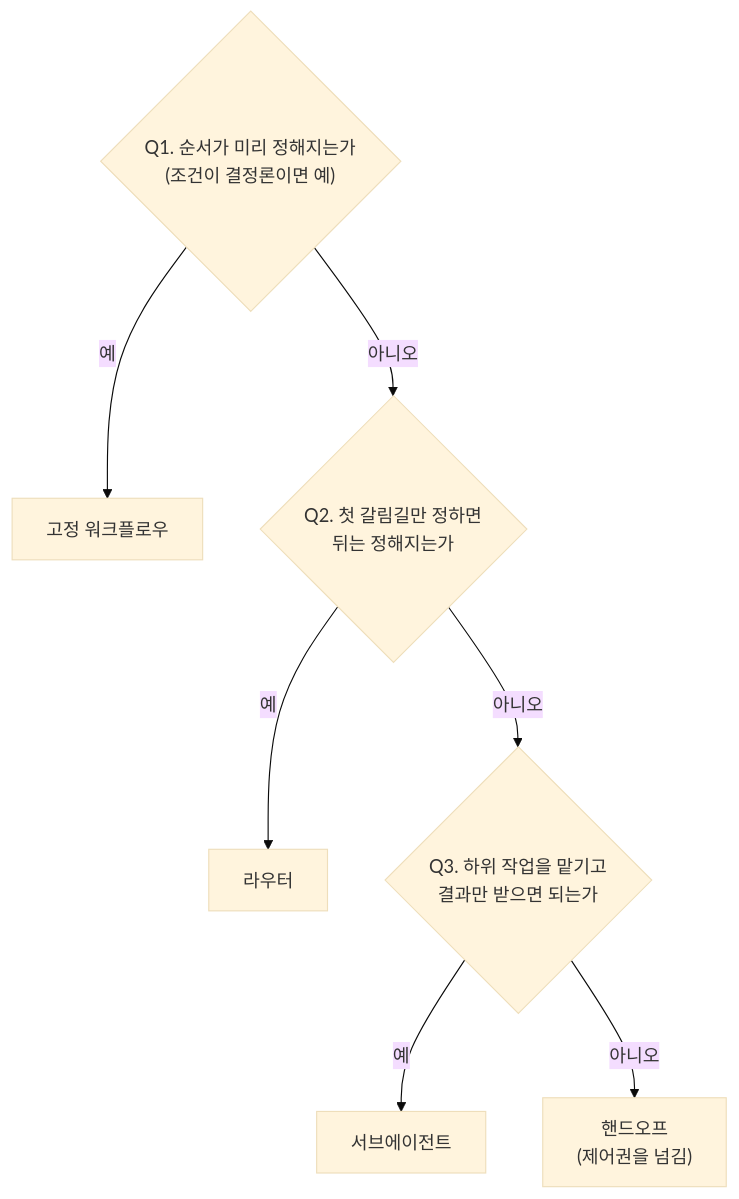
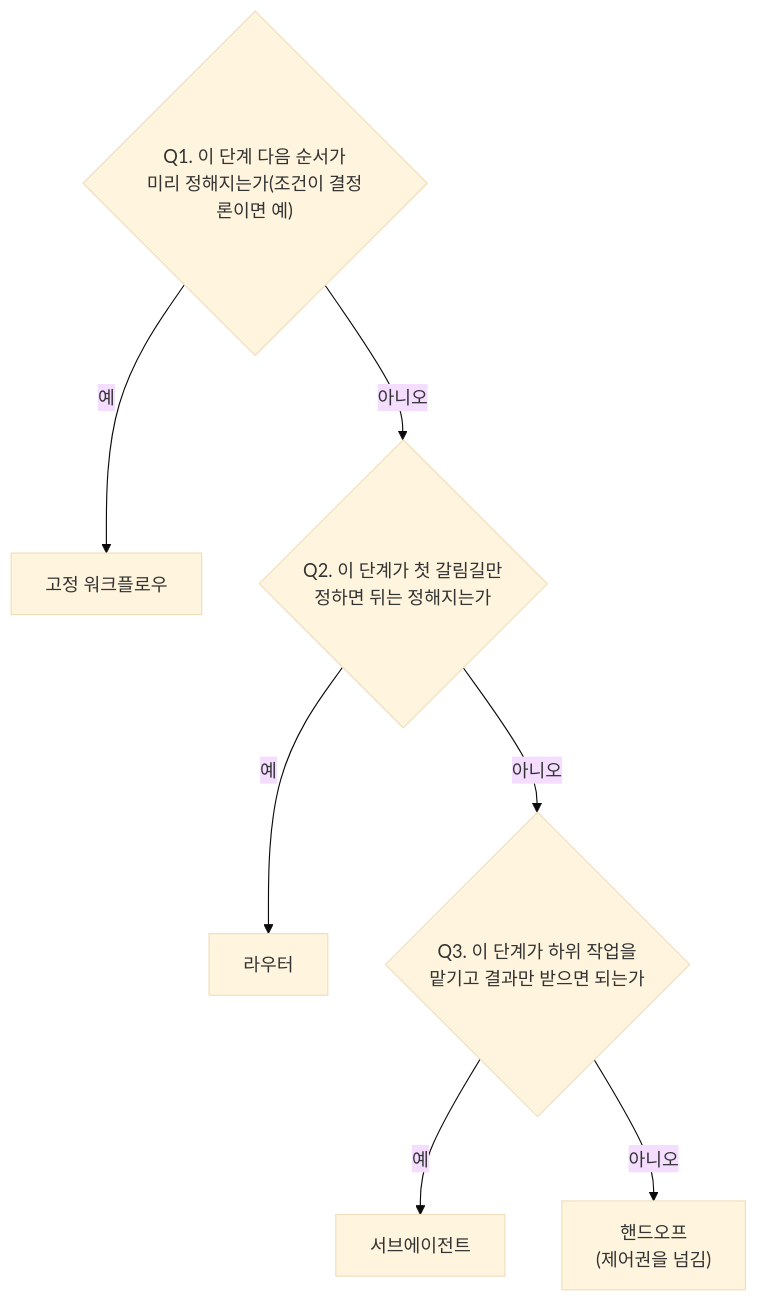
One commit to unicorn-campus/unicorn-skills changed the second of 3 diagrams in design-architecture/guides/03-패턴시퀀스설계-가이드.md. Above: the diagram before and after it, drawn with Mermaid (base theme). The commit also changed other lines of this file and 1 other file, not shown here.

````diff
--- a/design-architecture/guides/03-패턴시퀀스설계-가이드.md
+++ b/design-architecture/guides/03-패턴시퀀스설계-가이드.md
@@ -61,9 +64,9 @@
 ```mermaid
 graph TD
-  Q1{"Q1. 순서가 미리 정해지는가<br/>(조건이 결정론이면 예)"} -->|예| W["고정 워크플로우"]
-  Q1 -->|아니오| Q2{"Q2. 첫 갈림길만 정하면<br/>뒤는 정해지는가"}
+  Q1{"Q1. 이 단계 다음 순서가<br/>미리 정해지는가(조건이 결정론이면 예)"} -->|예| W["고정 워크플로우"]
+  Q1 -->|아니오| Q2{"Q2. 이 단계가 첫 갈림길만<br/>정하면 뒤는 정해지는가"}
   Q2 -->|예| R["라우터"]
-  Q2 -->|아니오| Q3{"Q3. 하위 작업을 맡기고<br/>결과만 받으면 되는가"}
+  Q2 -->|아니오| Q3{"Q3. 이 단계가 하위 작업을<br/>맡기고 결과만 받으면 되는가"}
   Q3 -->|예| S["서브에이전트"]
   Q3 -->|아니오| H["핸드오프<br/>(제어권을 넘김)"]
 ```
````
